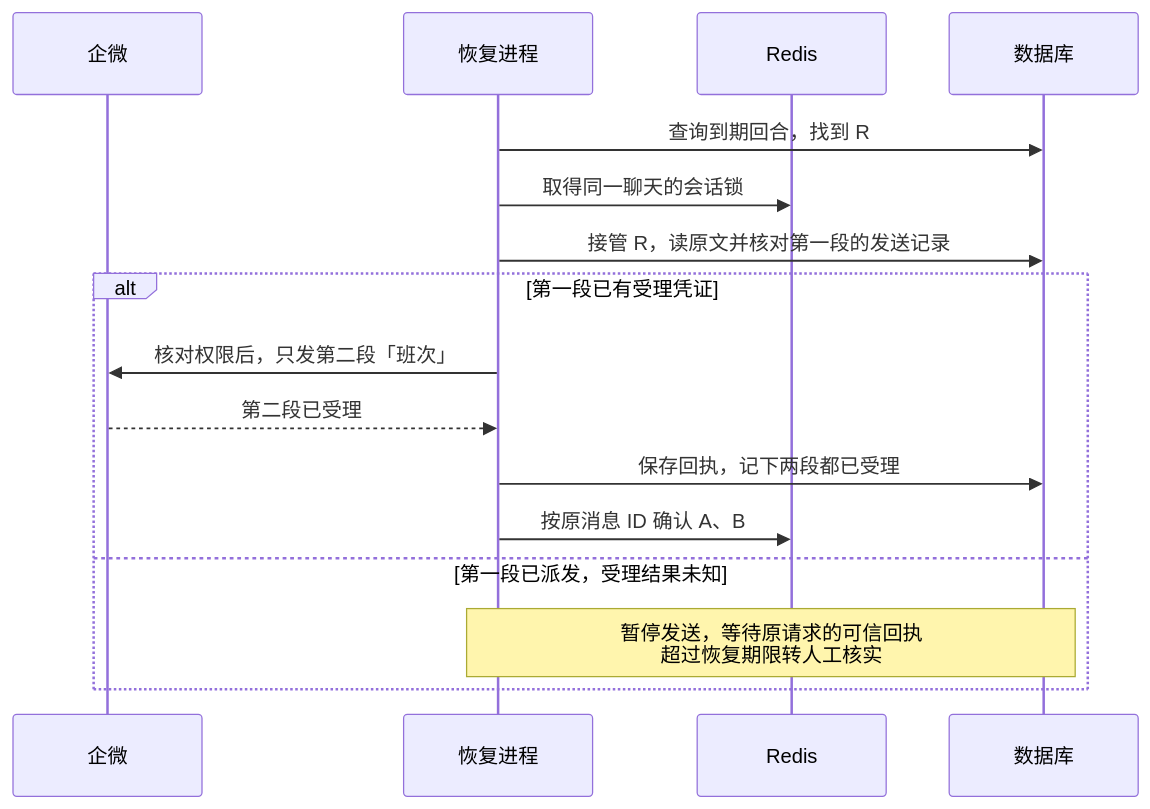
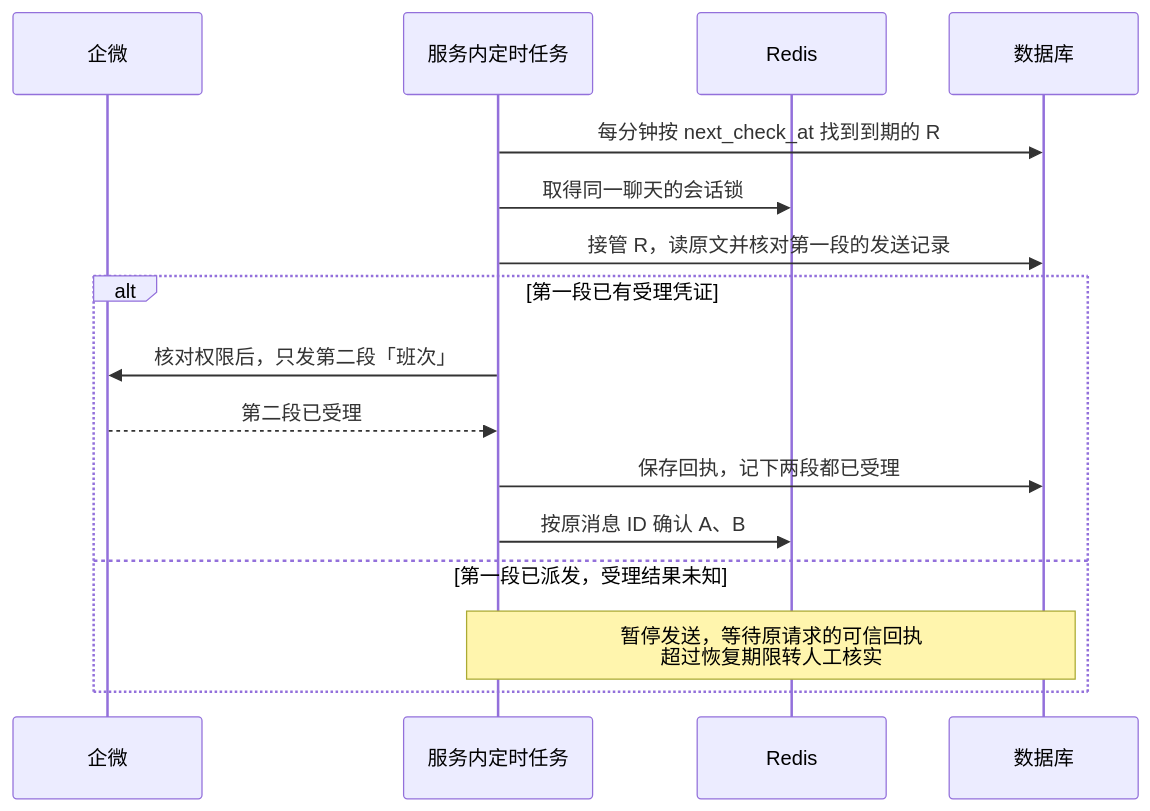
Before and after one commit to huajune/cake-agent-runtime: the second of 2 diagrams in src/biz/reply-execution/README.md, drawn with Mermaid. The commit also changed other lines of this file, not shown here.

````diff
--- a/src/biz/reply-execution/README.md
+++ b/src/biz/reply-execution/README.md
@@ -32,18 +34,18 @@
 ```mermaid
 sequenceDiagram
     participant W as 企微
-    participant S as 恢复进程
+    participant S as 服务内定时任务
     participant Q as Redis
     participant D as 数据库
-    S->>D: 查询到期回合，找到 R
+    S->>D: 每分钟按 next_check_at 找到到期的 R
     S->>Q: 取得同一聊天的会话锁
     S->>D: 接管 R，读原文并核对第一段的发送记录
     alt 第一段已有受理凭证
         S->>W: 核对权限后，只发第二段「班次」
         W-->>S: 第二段已受理
         S->>D: 保存回执，记下两段都已受理
         S->>Q: 按原消息 ID 确认 A、B
     else 第一段已派发，受理结果未知
         Note over S,D: 暂停发送，等待原请求的可信回执<br/>超过恢复期限转人工核实
     end
 ```
````
